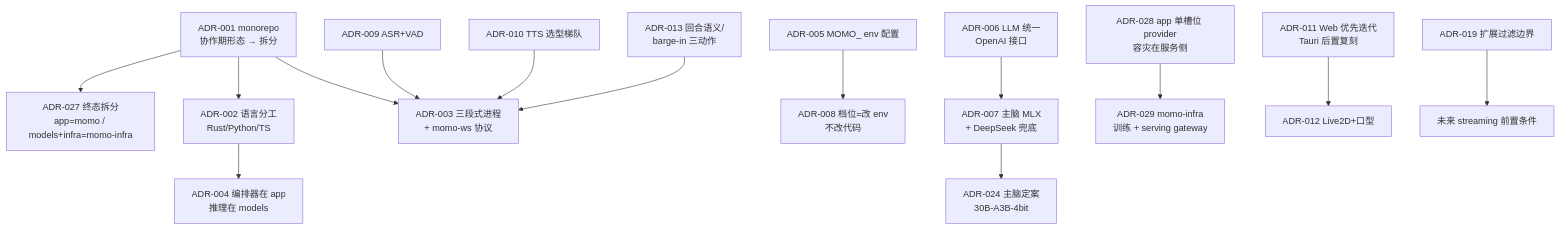
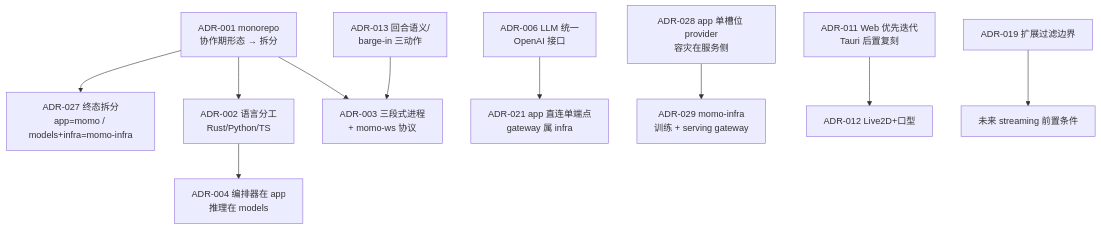
The diagram in docs/00-context/decisions.md (Momoyeyu/momo), drawn with Mermaid before and after one commit. The commit also changed other lines of this file and 19 other files, not shown here.

Commit message:
docs: 收窄 docs 至 app 产品面，infra/训练/部署文档迁往 momo-infra

````diff
--- a/docs/00-context/decisions.md
+++ b/docs/00-context/decisions.md
@@ -6,16 +7,12 @@
 ```mermaid
 flowchart TD
     ADR001["ADR-001 monorepo<br/>协作期形态 → 拆分"] --> ADR027["ADR-027 终态拆分<br/>app=momo / models+infra=momo-infra"]
     ADR001 --> ADR002["ADR-002 语言分工<br/>Rust/Python/TS"]
     ADR001 --> ADR003["ADR-003 三段式进程<br/>+ momo-ws 协议"]
     ADR002 --> ADR004["ADR-004 编排器在 app<br/>推理在 models"]
-    ADR005["ADR-005 MOMO_ env 配置"] --> ADR008["ADR-008 档位=改 env<br/>不改代码"]
-    ADR006["ADR-006 LLM 统一<br/>OpenAI 接口"] --> ADR007["ADR-007 主脑 MLX<br/>+ DeepSeek 兜底"]
-    ADR007 --> ADR024["ADR-024 主脑定案<br/>30B-A3B-4bit"]
+    ADR006["ADR-006 LLM 统一<br/>OpenAI 接口"] --> ADR021["ADR-021 app 直连单端点<br/>gateway 属 infra"]
     ADR028["ADR-028 app 单槽位 provider<br/>容灾在服务侧"] --> ADR029["ADR-029 momo-infra<br/>训练 + serving gateway"]
-    ADR009["ADR-009 ASR+VAD"] --> ADR003
-    ADR010["ADR-010 TTS 选型梯队"] --> ADR003
     ADR011["ADR-011 Web 优先迭代<br/>Tauri 后置复刻"] --> ADR012["ADR-012 Live2D+口型"]
     ADR013["ADR-013 回合语义/<br/>barge-in 三动作"] --> ADR003
     ADR019["ADR-019 扩展过滤边界"] --> FUTURE["未来 streaming 前置条件"]
 ```
````
